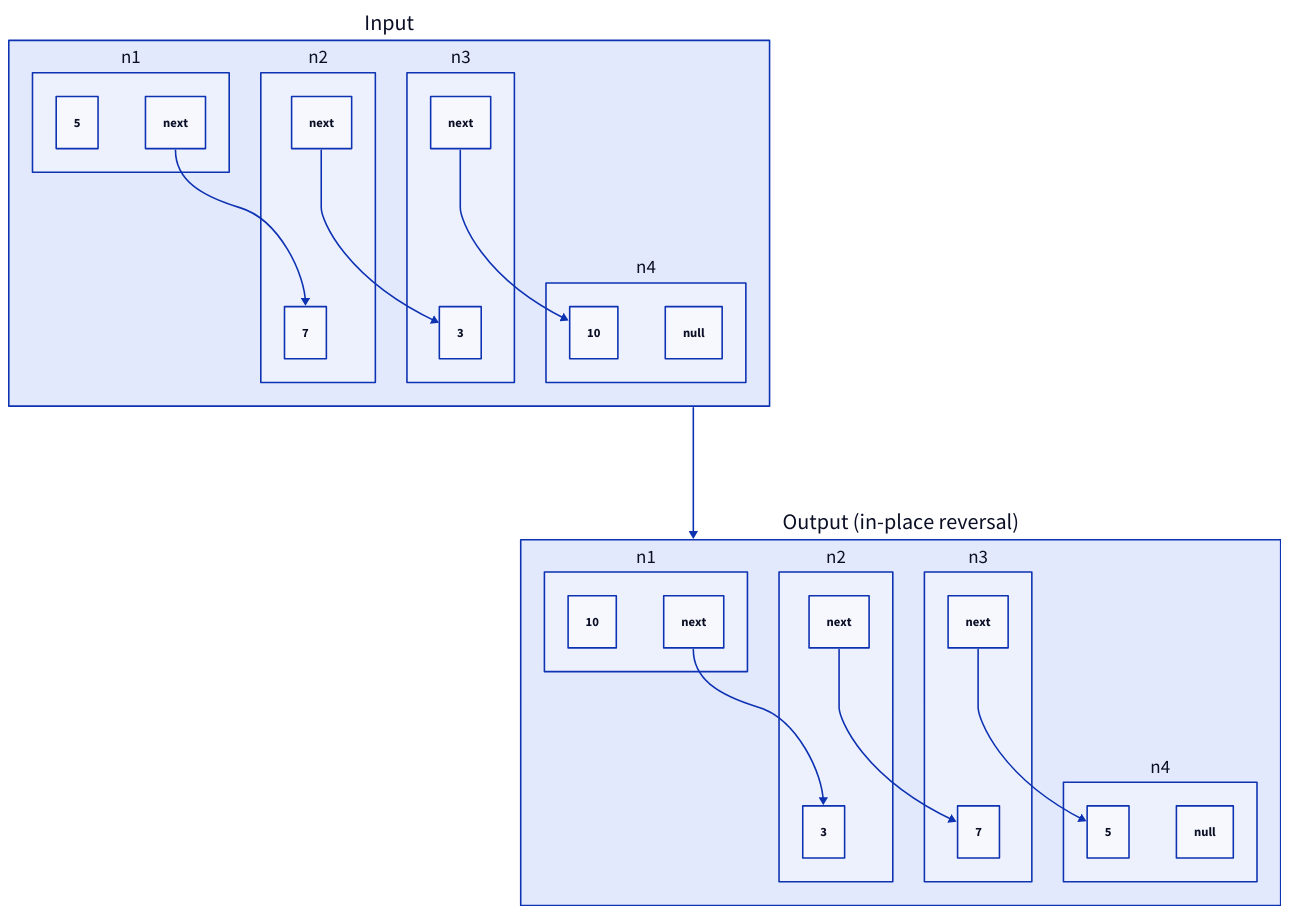
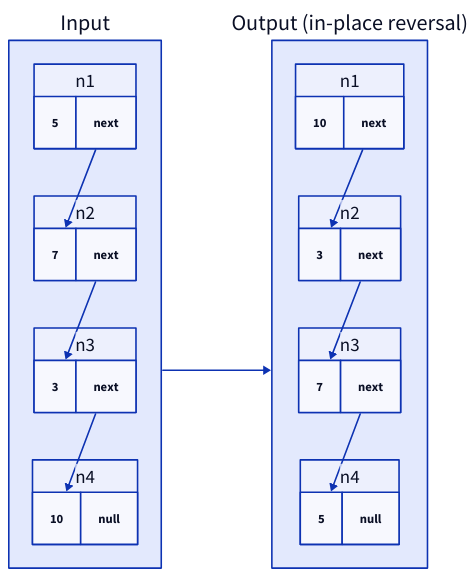
One commit to ani2fun/note-book changed the eighth of 9 diagrams in src/computer-science/DSA/data-structures/2.singly-linked-list/06-pattern-reversal.md. Above: the diagram before and after it, drawn with D2. The commit also changed other lines of this file and 28 other files, not shown here.

First line of the commit message:
DSA topics 1-5: lay out flow-style d2 diagrams horizontally

````diff
--- a/src/computer-science/DSA/data-structures/2.singly-linked-list/06-pattern-reversal.md
+++ b/src/computer-science/DSA/data-structures/2.singly-linked-list/06-pattern-reversal.md
@@ -686,25 +692,27 @@
 ```d2
+direction: right
+
 before: Input {
   direction: right
-  n1: {value: 5; next}
-  n2: {value: 7; next}
-  n3: {value: 3; next}
-  n4: {value: 10; next: "null"}
+  n1: {grid-columns: 2; grid-gap: 0; value: 5; next}
+  n2: {grid-columns: 2; grid-gap: 0; value: 7; next}
+  n3: {grid-columns: 2; grid-gap: 0; value: 3; next}
+  n4: {grid-columns: 2; grid-gap: 0; value: 10; next: "null"}
   n1.next -> n2.value
   n2.next -> n3.value
   n3.next -> n4.value
 }
 
 after: "Output (in-place reversal)" {
   direction: right
-  n1: {value: 10; next}
-  n2: {value: 3; next}
-  n3: {value: 7; next}
-  n4: {value: 5; next: "null"}
+  n1: {grid-columns: 2; grid-gap: 0; value: 10; next}
+  n2: {grid-columns: 2; grid-gap: 0; value: 3; next}
+  n3: {grid-columns: 2; grid-gap: 0; value: 7; next}
+  n4: {grid-columns: 2; grid-gap: 0; value: 5; next: "null"}
   n1.next -> n2.value
   n2.next -> n3.value
   n3.next -> n4.value
 }
 
 before -> after
 ```
````
